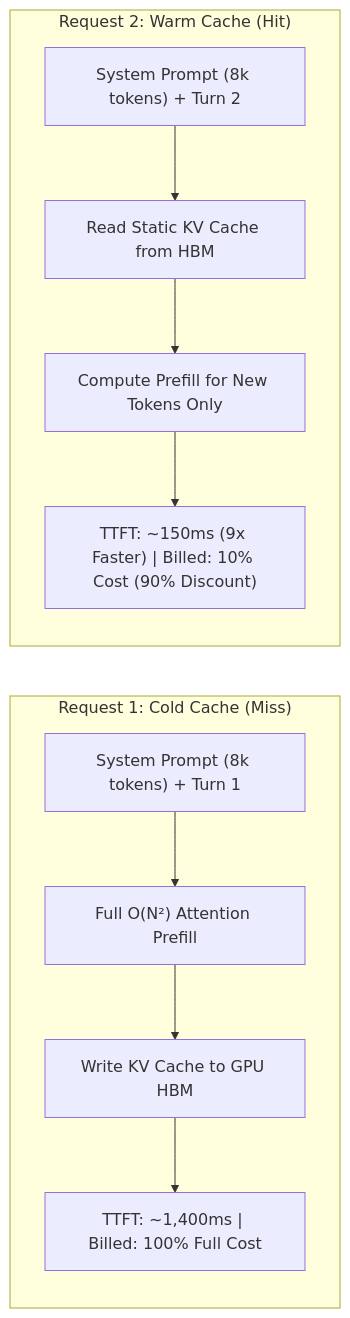
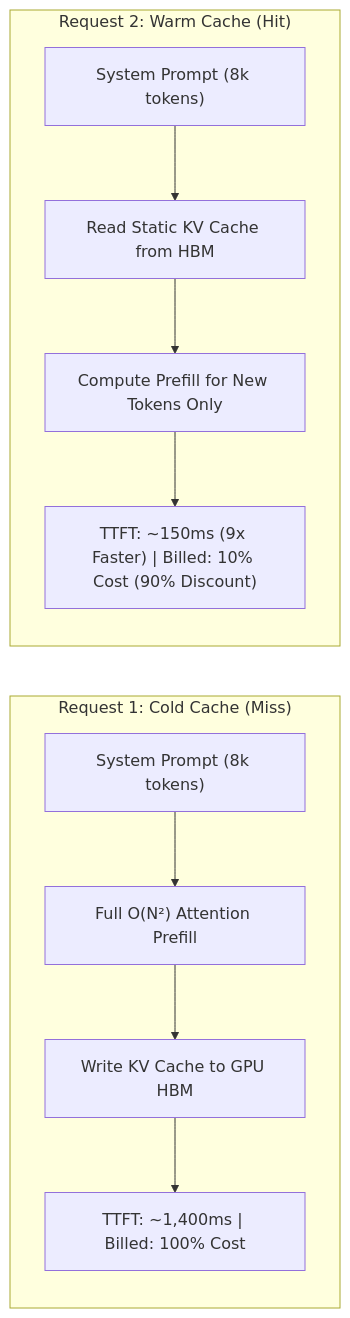
One commit to dip4k/senior-engineer-to-ai-engineer-roadmap changed the fifth of 6 diagrams in 01-prompt-and-context-engineering/README.md. Above: the diagram before and after it, drawn with Mermaid. The commit also changed other lines of this file and 39 other files, not shown here.

First line of the commit message:
Enhance use case documentation for Enterprise AI, including new architectural standards and resilience implementations

````diff
--- a/01-prompt-and-context-engineering/README.md
+++ b/01-prompt-and-context-engineering/README.md
@@ -197,14 +140,14 @@
 ```mermaid
 flowchart LR
     subgraph ColdRequest["Request 1: Cold Cache (Miss)"]
-        R1["System Prompt (8k tokens) + Turn 1"] --> FullCalc["Full O(N²) Attention Prefill"]
+        R1["System Prompt (8k tokens)"] --> FullCalc["Full O(N²) Attention Prefill"]
         FullCalc --> WriteHBM["Write KV Cache to GPU HBM"]
-        WriteHBM --> Lat1["TTFT: ~1,400ms | Billed: 100% Full Cost"]
+        WriteHBM --> Lat1["TTFT: ~1,400ms | Billed: 100% Cost"]
     end
 
     subgraph WarmRequest["Request 2: Warm Cache (Hit)"]
-        R2["System Prompt (8k tokens) + Turn 2"] --> CacheHit["Read Static KV Cache from HBM"]
+        R2["System Prompt (8k tokens)"] --> CacheHit["Read Static KV Cache from HBM"]
         CacheHit --> PartialCalc["Compute Prefill for New Tokens Only"]
         PartialCalc --> Lat2["TTFT: ~150ms (9x Faster) | Billed: 10% Cost (90% Discount)"]
     end
 ```
````
